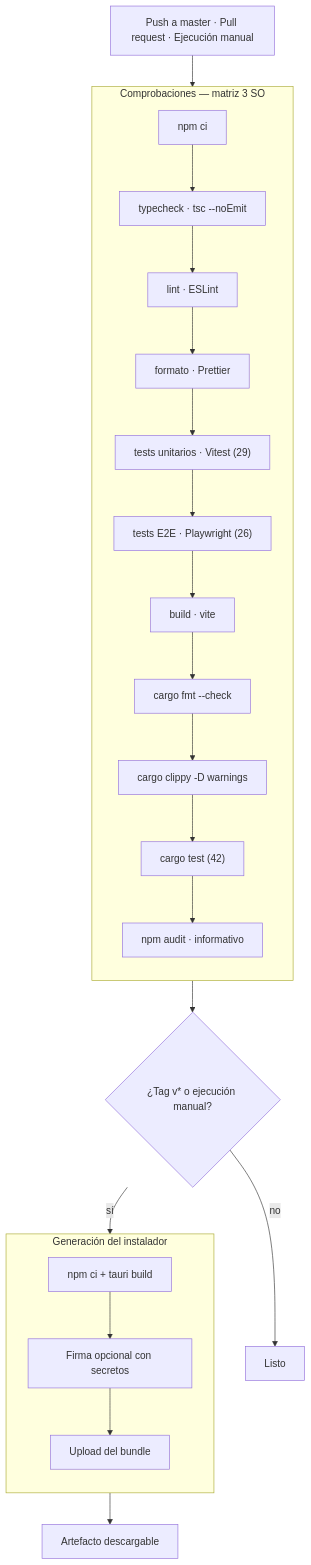
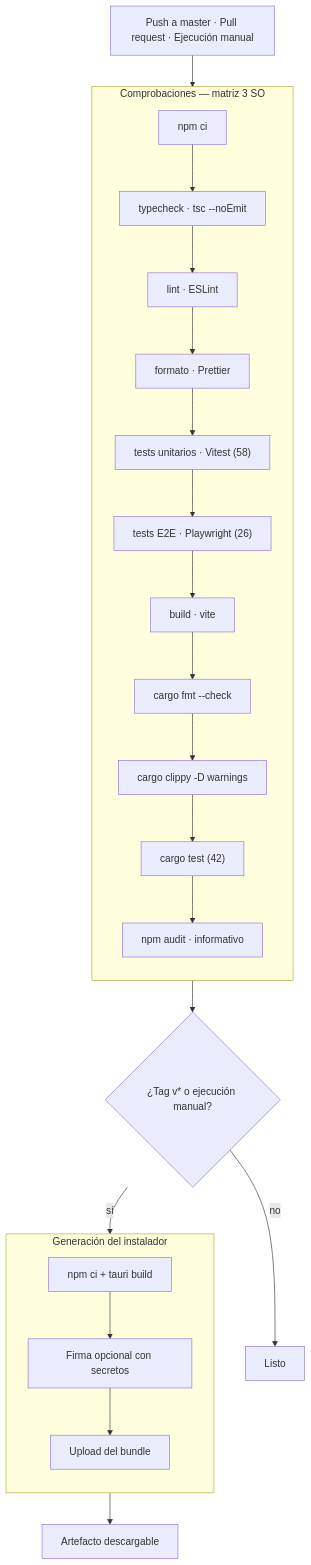
Before and after one commit to YordanoCS1/sakura-music: the diagram in docs/pipeline.md, drawn with Mermaid. The commit also changed other lines of this file and 24 other files, not shown here.

````diff
--- a/docs/pipeline.md
+++ b/docs/pipeline.md
@@ -7,29 +7,29 @@
 ```mermaid
 flowchart TD
     IN["Push a master · Pull request · Ejecución manual"] --> CHK
 
     subgraph CHK["Comprobaciones — matriz 3 SO"]
       direction TB
       S1["npm ci"] --> S2["typecheck · tsc --noEmit"]
       S2 --> S3["lint · ESLint"]
       S3 --> S4["formato · Prettier"]
-      S4 --> S5["tests unitarios · Vitest (29)"]
+      S4 --> S5["tests unitarios · Vitest (58)"]
       S5 --> S6["tests E2E · Playwright (26)"]
       S6 --> S7["build · vite"]
       S7 --> S8["cargo fmt --check"]
       S8 --> S9["cargo clippy -D warnings"]
       S9 --> S10["cargo test (42)"]
       S10 --> S11["npm audit · informativo"]
     end
 
     CHK --> GATE{"¿Tag v* o ejecución manual?"}
     GATE -->|"no"| FIN["Listo"]
     GATE -->|"sí"| BUILD["Job build · windows-latest"]
 
     subgraph BUILD["Generación del instalador"]
       direction TB
       B1["npm ci + tauri build"] --> B2["Firma opcional con secretos"] --> B3["Upload del bundle"]
     end
 
     BUILD --> FIN2["Artefacto descargable"]
 ```
````
